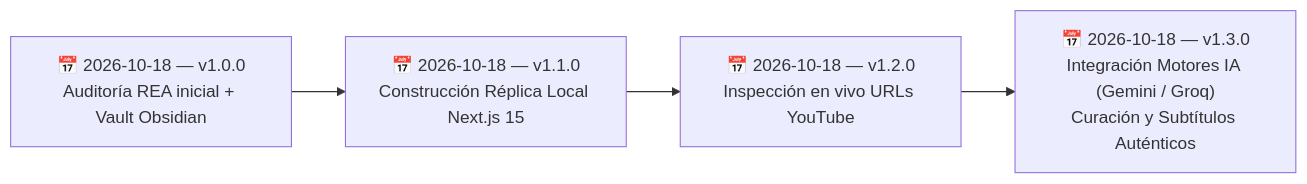
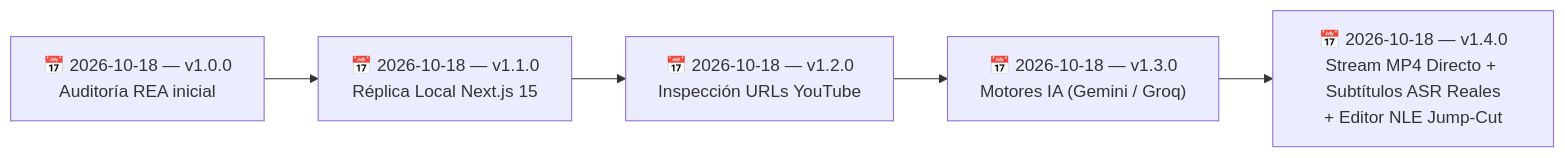
Before and after one commit to SebzSGC/Doc-Projects: the diagram in ClippersIppers/90 - Recursos/Historial de cambios.md, drawn with Mermaid. The commit also changed other lines of this file and 1 other file, not shown here.

First line of the commit message:
docs(clippers-ippers): flujo MP4 nativo 9:16 y subtitulos ASR v1.4.0

````diff
--- a/ClippersIppers/90 - Recursos/Historial de cambios.md
+++ b/ClippersIppers/90 - Recursos/Historial de cambios.md
@@ -19,4 +19,4 @@
 ```mermaid
 flowchart LR
-    V1["📅 2026-10-18 — v1.0.0<br/>Auditoría REA inicial + Vault Obsidian"] --> V2["📅 2026-10-18 — v1.1.0<br/>Construcción Réplica Local Next.js 15"] --> V3["📅 2026-10-18 — v1.2.0<br/>Inspección en vivo URLs YouTube"] --> V4["📅 2026-10-18 — v1.3.0<br/>Integración Motores IA (Gemini / Groq)<br/>Curación y Subtítulos Auténticos"]
+    V1["📅 2026-10-18 — v1.0.0<br/>Auditoría REA inicial"] --> V2["📅 2026-10-18 — v1.1.0<br/>Réplica Local Next.js 15"] --> V3["📅 2026-10-18 — v1.2.0<br/>Inspección URLs YouTube"] --> V4["📅 2026-10-18 — v1.3.0<br/>Motores IA (Gemini / Groq)"] --> V5["📅 2026-10-18 — v1.4.0<br/>Stream MP4 Directo + Subtítulos ASR Reales<br/>+ Editor NLE Jump-Cut"]
 ```
````
